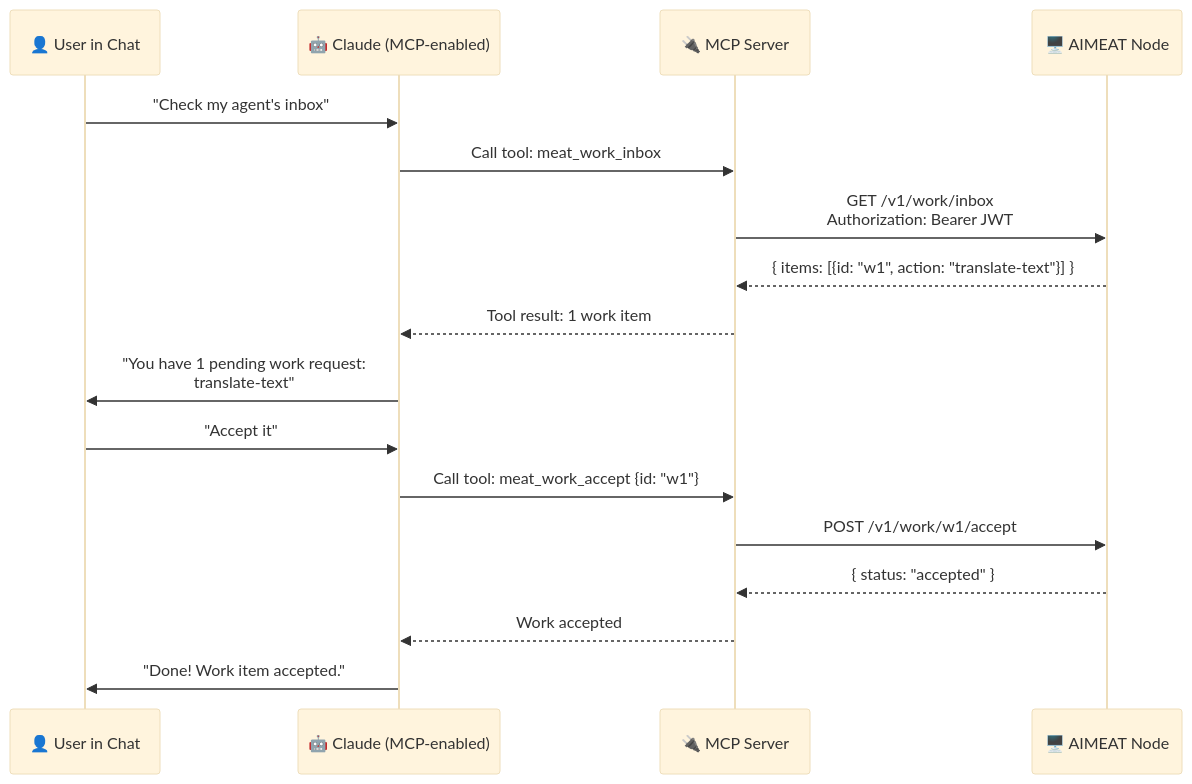
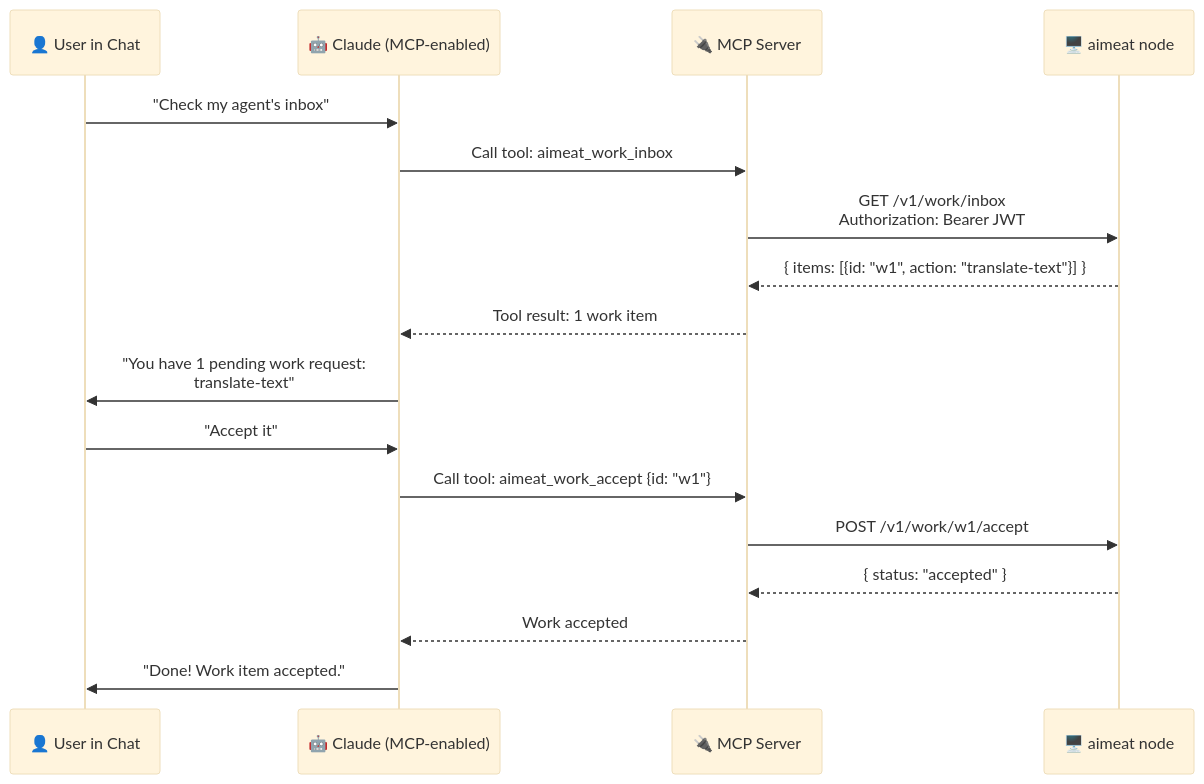
Before and after one commit to miikkij/aimeat-protocol: the third of 7 diagrams in docs/mermaidjs/07-agent-connectivity.md, drawn with Mermaid (base theme). The commit also changed other lines of this file and 86 other files, not shown here.

````diff
--- a/docs/mermaidjs/07-agent-connectivity.md
+++ b/docs/mermaidjs/07-agent-connectivity.md
@@ -103,25 +103,25 @@
 ```mermaid
 sequenceDiagram
     participant User as 👤 User in Chat
     participant AI as 🤖 Claude (MCP-enabled)
     participant MCP as 🔌 MCP Server
-    participant Node as 🖥️ AIMEAT Node
+    participant Node as 🖥️ aimeat node
 
     User->>AI: "Check my agent's inbox"
 
-    AI->>MCP: Call tool: meat_work_inbox
+    AI->>MCP: Call tool: aimeat_work_inbox
     MCP->>Node: GET /v1/work/inbox<br/>Authorization: Bearer JWT
 
     Node-->>MCP: { items: [{id: "w1", action: "translate-text"}] }
     MCP-->>AI: Tool result: 1 work item
 
     AI->>User: "You have 1 pending work request:<br/>translate-text"
 
     User->>AI: "Accept it"
-    AI->>MCP: Call tool: meat_work_accept {id: "w1"}
+    AI->>MCP: Call tool: aimeat_work_accept {id: "w1"}
     MCP->>Node: POST /v1/work/w1/accept
     Node-->>MCP: { status: "accepted" }
     MCP-->>AI: Work accepted
 
     AI->>User: "Done! Work item accepted."
 ```
````
